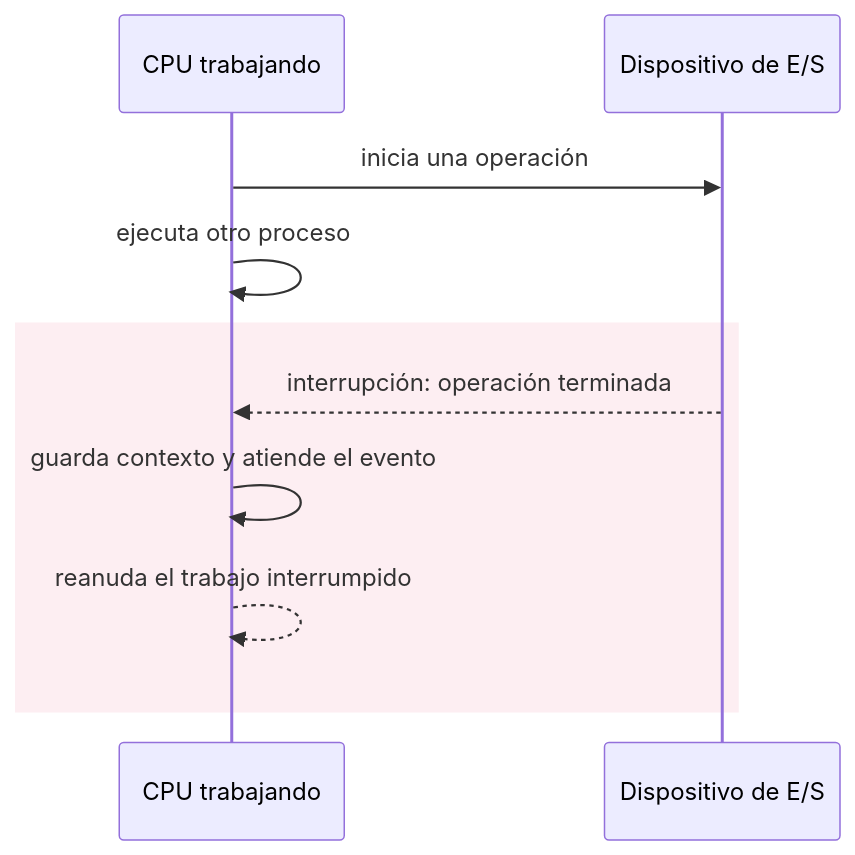
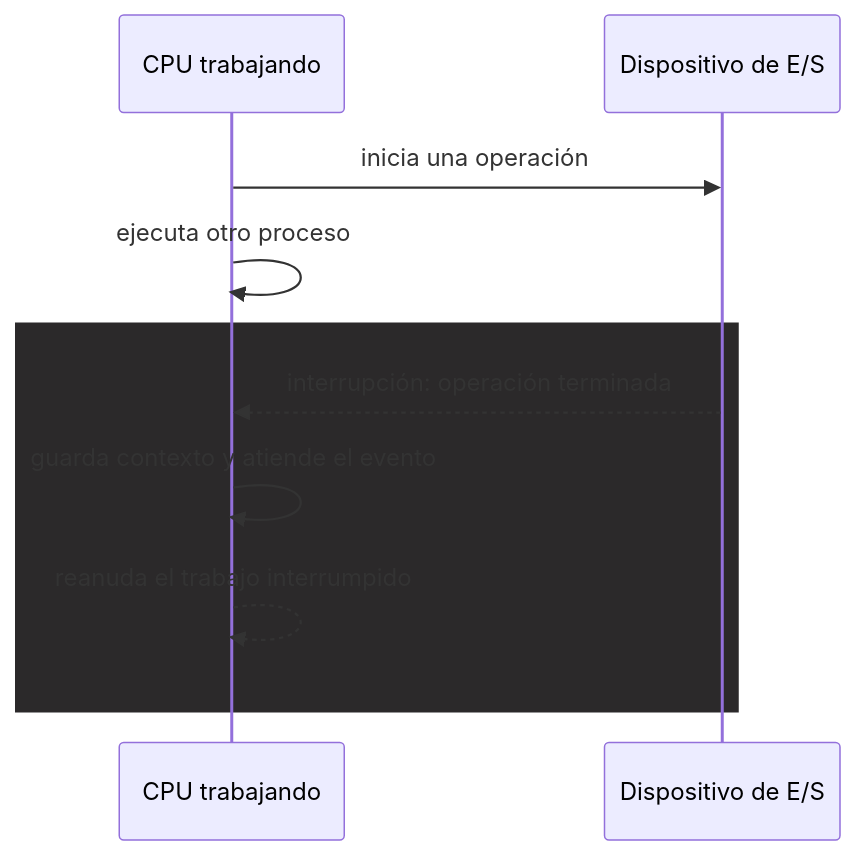
The second of 3 diagrams in TEORIA/01-introduccion-a-los-sistemas-operativos/README.md (asiermarzo/ssoo), drawn with Mermaid before and after one commit. The commit also changed other lines of this file, not shown here.

````diff
--- a/TEORIA/01-introduccion-a-los-sistemas-operativos/README.md
+++ b/TEORIA/01-introduccion-a-los-sistemas-operativos/README.md
@@ -149,12 +149,12 @@
 ```mermaid
 sequenceDiagram
     participant CPU as CPU trabajando
     participant D as Dispositivo de E/S
     CPU->>D: inicia una operación
     CPU->>CPU: ejecuta otro proceso
-    rect rgb(253, 238, 242)
+    rect rgb(43, 41, 42)
         D-->>CPU: interrupción: operación terminada
         CPU->>CPU: guarda contexto y atiende el evento
         CPU-->>CPU: reanuda el trabajo interrumpido
     end
 ```
````
